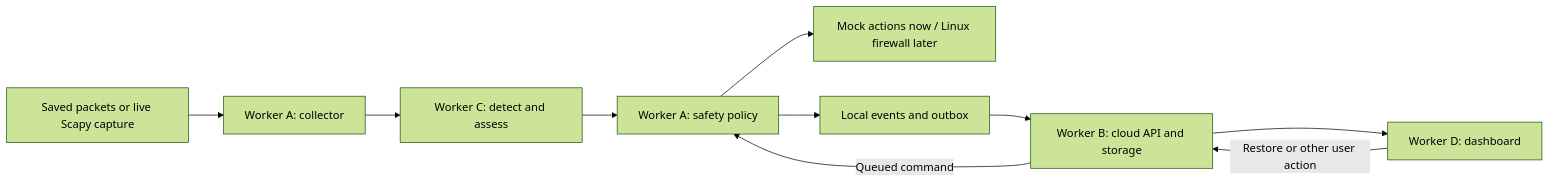
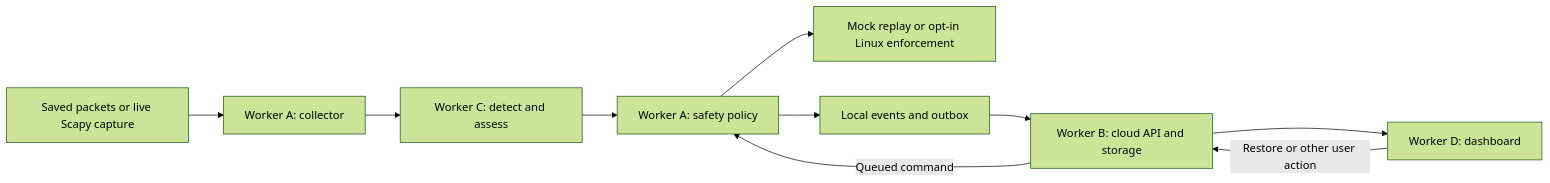
The diagram in agent/INTEGRATION.md (Rishikesh427/SecurIoT), drawn with Mermaid (forest theme) before and after one commit. The commit also changed other lines of this file and 28 other files, not shown here.

Commit message:
Add Linux hotspot enforcement and manual dashboard overrides

````diff
--- a/agent/INTEGRATION.md
+++ b/agent/INTEGRATION.md
@@ -15,12 +15,12 @@
 ```mermaid
 flowchart LR
     P[Saved packets or live Scapy capture] --> A[Worker A: collector]
     A --> C[Worker C: detect and assess]
     C --> S[Worker A: safety policy]
-    S --> E[Mock actions now / Linux firewall later]
+    S --> E[Mock replay or opt-in Linux enforcement]
     S --> O[Local events and outbox]
     O --> B[Worker B: cloud API and storage]
     B --> D[Worker D: dashboard]
     D -->|Restore or other user action| B
     B -->|Queued command| S
 ```
````
